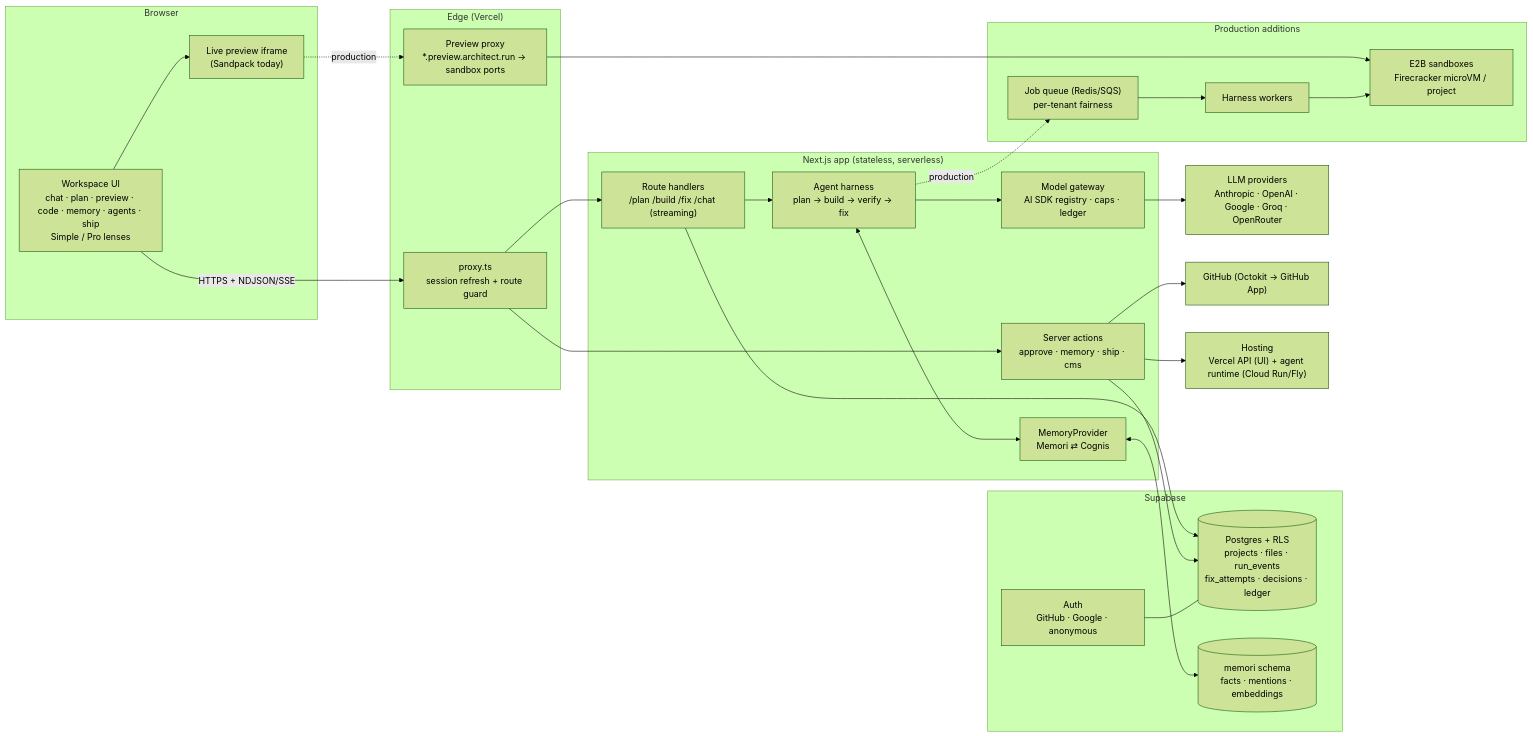
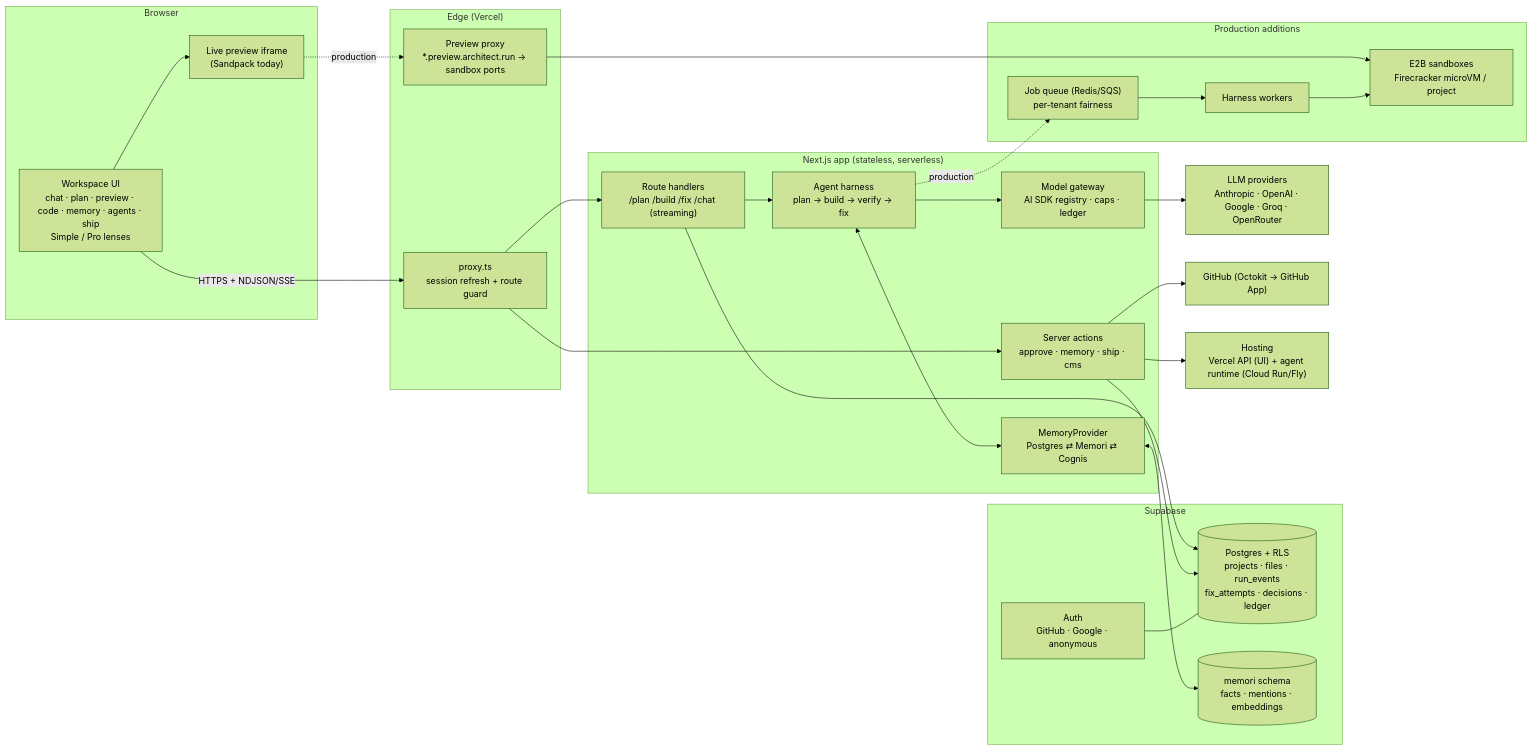
One commit to mannan-naidu/lyzr-architect-2 changed the second of 4 diagrams in ARCHITECTURE.md. Above: the diagram before and after it, drawn with Mermaid (forest theme). The commit also changed other lines of this file and 9 other files, not shown here.

First line of the commit message:
Postgres-native builder memory as the default provider (ADR-006)

````diff
--- a/ARCHITECTURE.md
+++ b/ARCHITECTURE.md
@@ -161,47 +161,47 @@
 ```mermaid
 flowchart LR
   subgraph Client["Browser"]
     UI["Workspace UI<br/>chat · plan · preview · code · memory · agents · ship<br/>Simple / Pro lenses"]
     SP["Live preview iframe<br/>(Sandpack today)"]
   end
 
   subgraph Edge["Edge (Vercel)"]
     PX["proxy.ts<br/>session refresh + route guard"]
     PP["Preview proxy<br/>*.preview.architect.run → sandbox ports"]
   end
 
   subgraph App["Next.js app (stateless, serverless)"]
     RH["Route handlers<br/>/plan /build /fix /chat (streaming)"]
     SA["Server actions<br/>approve · memory · ship · cms"]
     HAR["Agent harness<br/>plan → build → verify → fix"]
     GW["Model gateway<br/>AI SDK registry · caps · ledger"]
-    MP["MemoryProvider<br/>Memori ⇄ Cognis"]
+    MP["MemoryProvider<br/>Postgres ⇄ Memori ⇄ Cognis"]
   end
 
   subgraph Data["Supabase"]
     PG[("Postgres + RLS<br/>projects · files · run_events<br/>fix_attempts · decisions · ledger")]
     MEM[("memori schema<br/>facts · mentions · embeddings")]
     AUTH["Auth<br/>GitHub · Google · anonymous"]
   end
 
   subgraph Workers["Production additions"]
     Q["Job queue (Redis/SQS)<br/>per-tenant fairness"]
     WK["Harness workers"]
     E2B["E2B sandboxes<br/>Firecracker microVM / project"]
   end
 
   LLM["LLM providers<br/>Anthropic · OpenAI · Google · Groq · OpenRouter"]
   GH["GitHub (Octokit → GitHub App)"]
   HOST["Hosting<br/>Vercel API (UI) + agent runtime (Cloud Run/Fly)"]
 
   UI -->|HTTPS + NDJSON/SSE| PX --> RH & SA
   RH --> HAR --> GW --> LLM
   HAR <--> MP <--> MEM
   RH & SA --> PG
   AUTH --- PG
   UI --> SP
   SP -. production .-> PP --> E2B
   HAR -. production .-> Q --> WK --> E2B
   SA --> GH
   SA --> HOST
 ```
````
